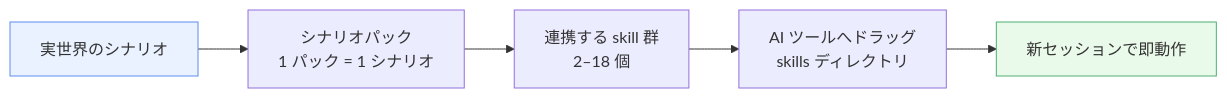
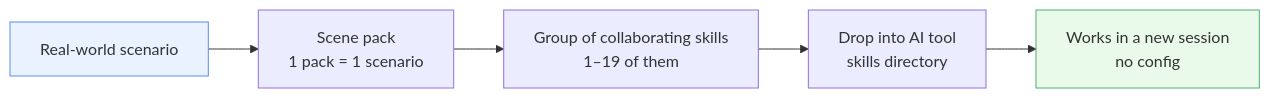
Before and after one commit to Morningstar202604/awesome-skillkit: the diagram in README.ja.md, drawn with Mermaid. The commit also changed other lines of this file and 177 other files, not shown here.

First line of the commit message:
Round 4: delete figure-maker shim, translate all references to English, rewrite README.ja

````diff
--- a/README.ja.md
+++ b/README.ja.md
@@ -37,9 +45,9 @@
 ```mermaid
 flowchart LR
-    A[実世界のシナリオ] --> B[シナリオパック<br/>1 パック = 1 シナリオ]
-    B --> C[連携する skill 群<br/>2–18 個]
-    C --> D[AI ツールへドラッグ<br/>skills ディレクトリ]
-    D --> E[新セッションで即動作]
+    A[Real-world scenario] --> B[Scene pack<br/>1 pack = 1 scenario]
+    B --> C[Group of collaborating skills<br/>1–19 of them]
+    C --> D[Drop into AI tool<br/>skills directory]
+    D --> E[Works in a new session<br/>no config]
     style A fill:#eaf2ff,stroke:#5b8def
     style E fill:#eafaea,stroke:#4caf72
 ```
````
